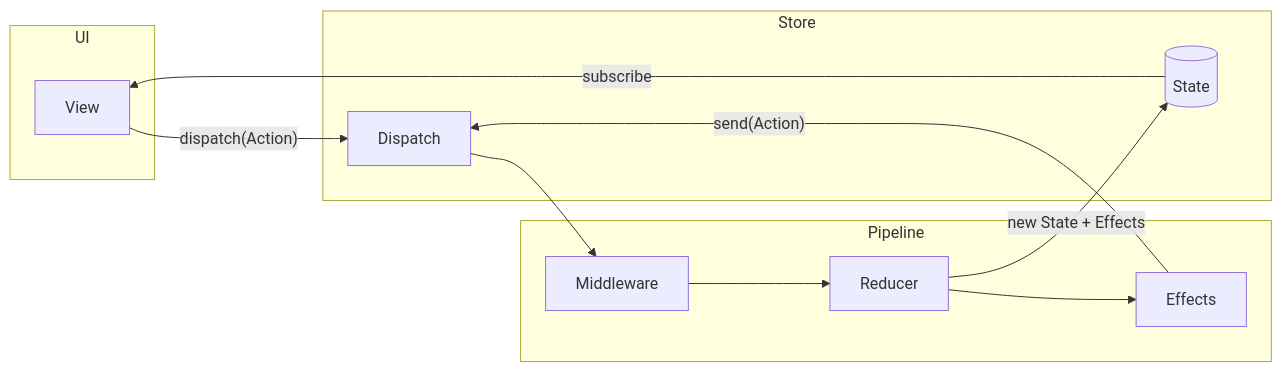
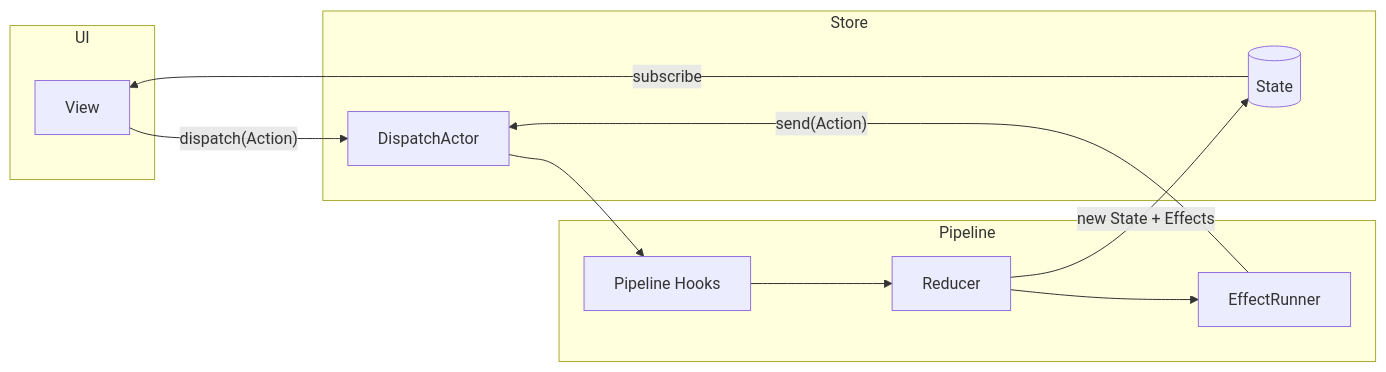
The first of 2 diagrams in README.md (pelagornis/swift-rex), drawn with Mermaid before and after one commit. The commit also changed other lines of this file, not shown here.

First line of the commit message:
Update README for Pipeline Hooks, State Graph, and AsyncStream effects

````diff
--- a/README.md
+++ b/README.md
@@ -25,22 +29,22 @@
 ```mermaid
 flowchart LR
     subgraph UI
         V[View]
     end
     subgraph Store
-        D[Dispatch]
+        D[DispatchActor]
         S[(State)]
     end
     subgraph Pipeline
-        M[Middleware]
+        H[Pipeline Hooks]
         R[Reducer]
-        E[Effects]
+        ER[EffectRunner]
     end
     V -->|"dispatch(Action)"| D
-    D --> M
-    M --> R
+    D --> H
+    H --> R
     R -->|"new State + Effects"| S
-    R --> E
-    E -->|"send(Action)"| D
+    R --> ER
+    ER -->|"send(Action)"| D
     S -->|"subscribe"| V
 ```
````
